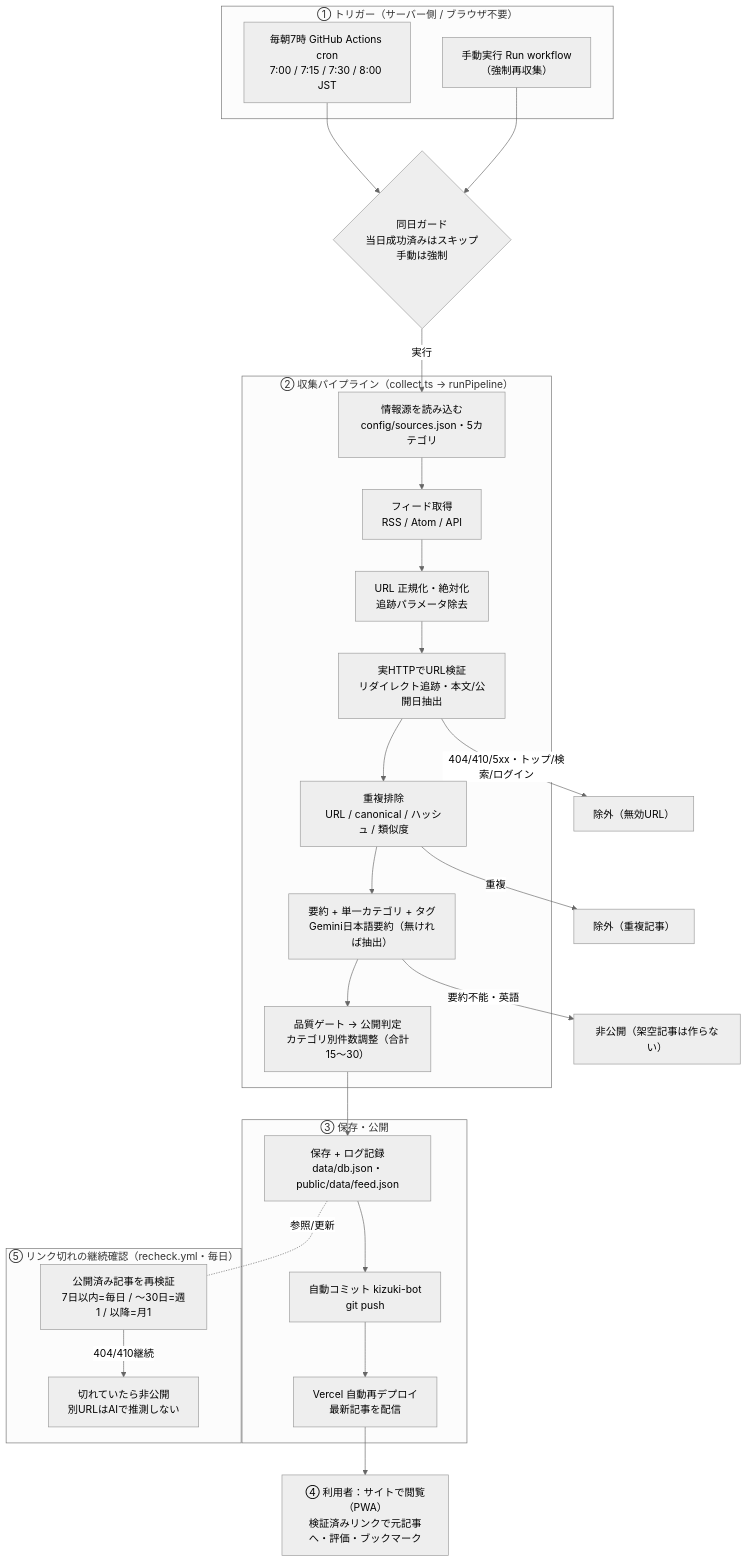
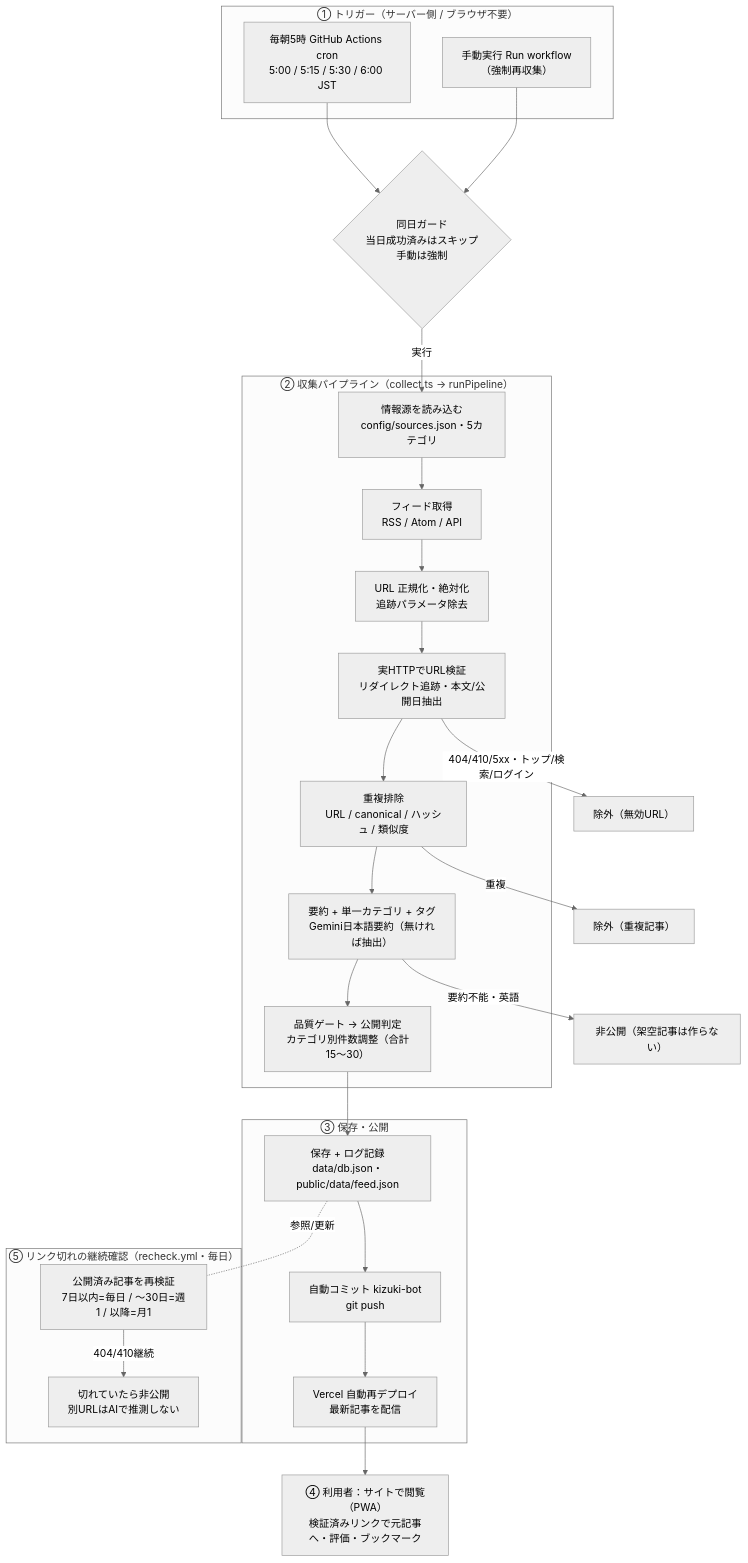
One commit to JunyaTsukamoto/sample changed the diagram in docs/FLOW.md. Above: the diagram before and after it, drawn with Mermaid (neutral theme). The commit also changed other lines of this file and 11 other files, not shown here.

````diff
--- a/docs/FLOW.md
+++ b/docs/FLOW.md
@@ -5,41 +5,41 @@
 ```mermaid
 flowchart TD
     subgraph T["① トリガー（サーバー側 / ブラウザ不要）"]
-      C["毎朝7時 GitHub Actions cron<br/>7:00 / 7:15 / 7:30 / 8:00 JST"]
+      C["毎朝5時 GitHub Actions cron<br/>5:00 / 5:15 / 5:30 / 6:00 JST"]
       M["手動実行 Run workflow<br/>（強制再収集）"]
     end
     C --> G
     M --> G
     G{"同日ガード<br/>当日成功済みはスキップ<br/>手動は強制"}
 
     subgraph P["② 収集パイプライン（collect.ts → runPipeline）"]
       S1["情報源を読み込む<br/>config/sources.json・5カテゴリ"]
       S2["フィード取得<br/>RSS / Atom / API"]
       S3["URL 正規化・絶対化<br/>追跡パラメータ除去"]
       S4["実HTTPでURL検証<br/>リダイレクト追跡・本文/公開日抽出"]
       S5["重複排除<br/>URL / canonical / ハッシュ / 類似度"]
       S6["要約 + 単一カテゴリ + タグ<br/>Gemini日本語要約（無ければ抽出）"]
       S7["品質ゲート → 公開判定<br/>カテゴリ別件数調整（合計15〜30）"]
     end
     G -->|実行| S1 --> S2 --> S3 --> S4 --> S5 --> S6 --> S7
 
     S4 -->|404/410/5xx・トップ/検索/ログイン| X1["除外（無効URL）"]
     S5 -->|重複| X2["除外（重複記事）"]
     S6 -->|要約不能・英語| X3["非公開（架空記事は作らない）"]
 
     subgraph SV["③ 保存・公開"]
       D["保存 + ログ記録<br/>data/db.json・public/data/feed.json"]
       CM["自動コミット kizuki-bot<br/>git push"]
       VC["Vercel 自動再デプロイ<br/>最新記事を配信"]
     end
     S7 --> D --> CM --> VC
 
     VC --> U["④ 利用者：サイトで閲覧（PWA）<br/>検証済みリンクで元記事へ・評価・ブックマーク"]
 
     subgraph R["⑤ リンク切れの継続確認（recheck.yml・毎日）"]
       RC["公開済み記事を再検証<br/>7日以内=毎日 / 〜30日=週1 / 以降=月1"]
       RX["切れていたら非公開<br/>別URLはAIで推測しない"]
     end
     D -. 参照/更新 .- RC
     RC -->|404/410継続| RX
 ```
````
